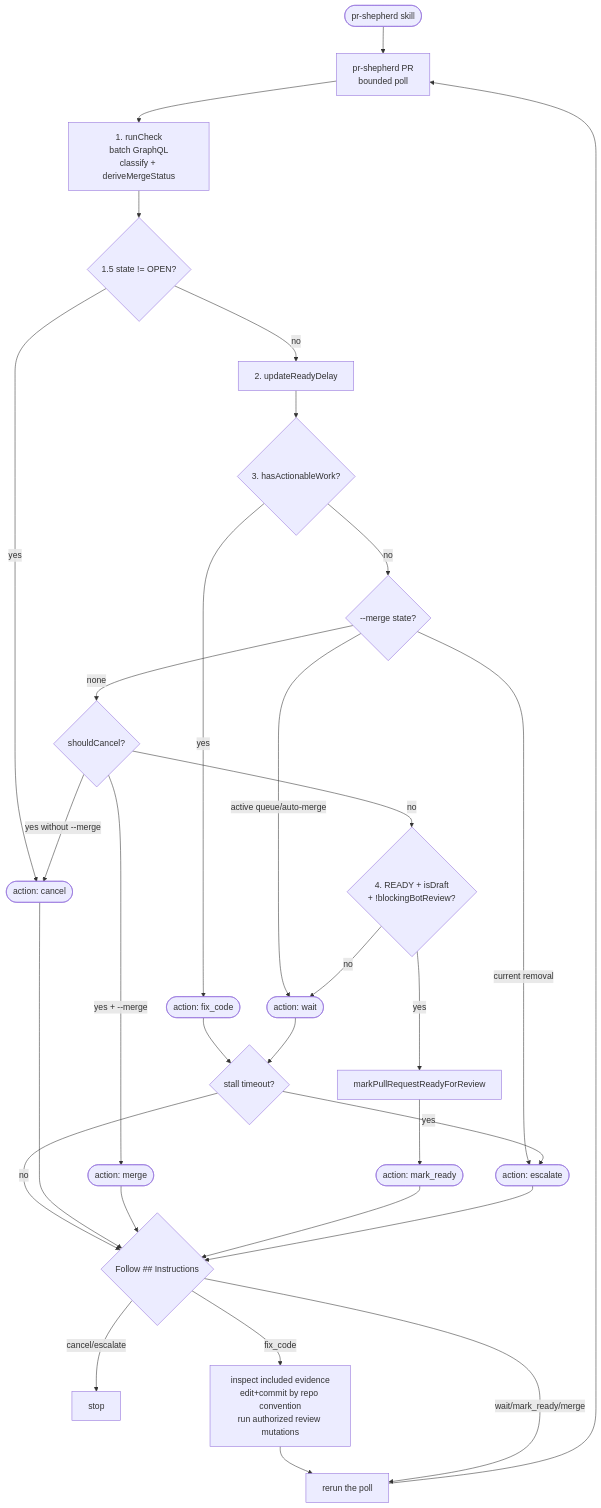
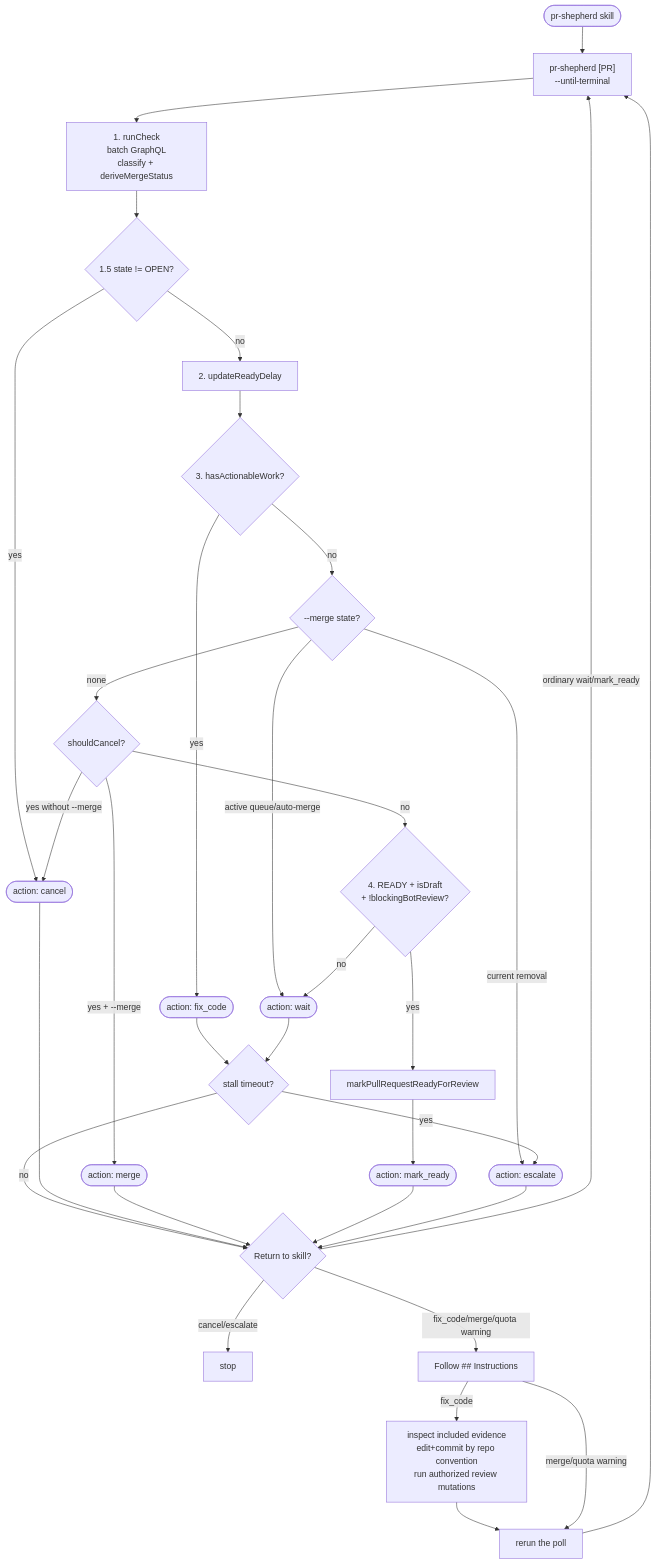
One commit to jonathanong/pr-shepherd changed the diagram in docs/iterate-flow.md. Above: the diagram before and after it, drawn with Mermaid. The commit also changed other lines of this file and 4 other files, not shown here.

First line of the commit message:
fix(skill): poll until cancel or escalate (#393)

````diff
--- a/docs/iterate-flow.md
+++ b/docs/iterate-flow.md
@@ -9,38 +9,40 @@
 ```mermaid
 flowchart TD
-  U(["pr-shepherd skill"]) --> POLL["pr-shepherd PR<br/>bounded poll"]
+  U(["pr-shepherd skill"]) --> POLL["pr-shepherd [PR]<br/>--until-terminal"]
 
   POLL --> S1["1. runCheck<br/>batch GraphQL<br/>classify + deriveMergeStatus"]
 
   S1 --> S15{"1.5 state != OPEN?"}
   S15 -->|yes| A_CAN(["action: cancel"])
   S15 -->|no| S2["2. updateReadyDelay"]
   S2 --> S3{"3. hasActionableWork?"}
   S3 -->|yes| A_FIX(["action: fix_code"])
   S3 -->|no| SM{"--merge state?"}
   SM -->|active queue/auto-merge| A_W(["action: wait"])
   SM -->|current removal| A_ESC(["action: escalate"])
   SM -->|none| S2C{"shouldCancel?"}
   S2C -->|yes + --merge| A_MERGE(["action: merge"])
   S2C -->|yes without --merge| A_CAN
   S2C -->|no| S4{"4. READY + isDraft<br/>+ !blockingBotReview?"}
   S4 -->|yes| S4X["markPullRequestReadyForReview"]
   S4X --> A_MR(["action: mark_ready"])
   S4 -->|no| A_W(["action: wait"])
 
   A_FIX --> STALL{"stall timeout?"}
   A_W --> STALL
   STALL -->|yes| A_ESC(["action: escalate"])
-  STALL -->|no| DEC{"Follow ## Instructions"}
+  STALL -->|no| RESULT{"Return to skill?"}
 
-  A_CAN --> DEC
-  A_MERGE --> DEC
-  A_MR --> DEC
-  A_ESC --> DEC
+  A_CAN --> RESULT
+  A_MERGE --> RESULT
+  A_MR --> RESULT
+  A_ESC --> RESULT
 
-  DEC -->|cancel/escalate| STOP["stop"]
+  RESULT -->|ordinary wait/mark_ready| POLL
+  RESULT -->|cancel/escalate| STOP["stop"]
+  RESULT -->|fix_code/merge/quota warning| DEC["Follow ## Instructions"]
   DEC -->|fix_code| FIX["inspect included evidence<br/>edit+commit by repo convention<br/>run authorized review mutations"]
   FIX --> RERUN["rerun the poll"]
-  DEC -->|wait/mark_ready/merge| RERUN
+  DEC -->|merge/quota warning| RERUN
   RERUN --> POLL
 ```
````
